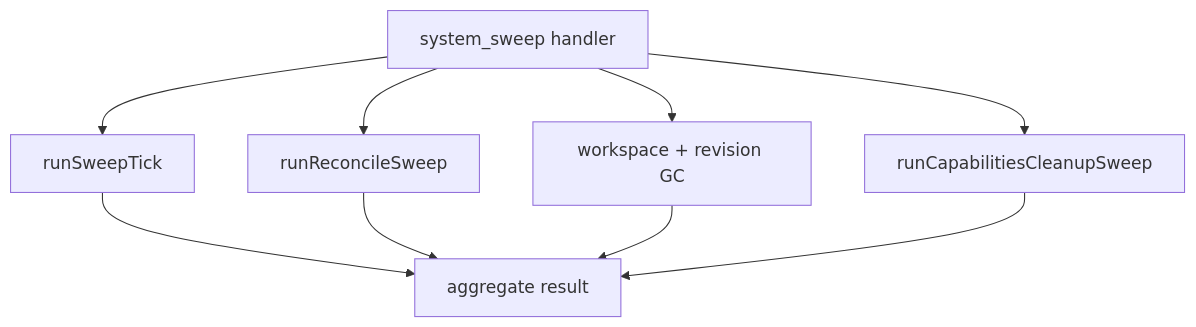
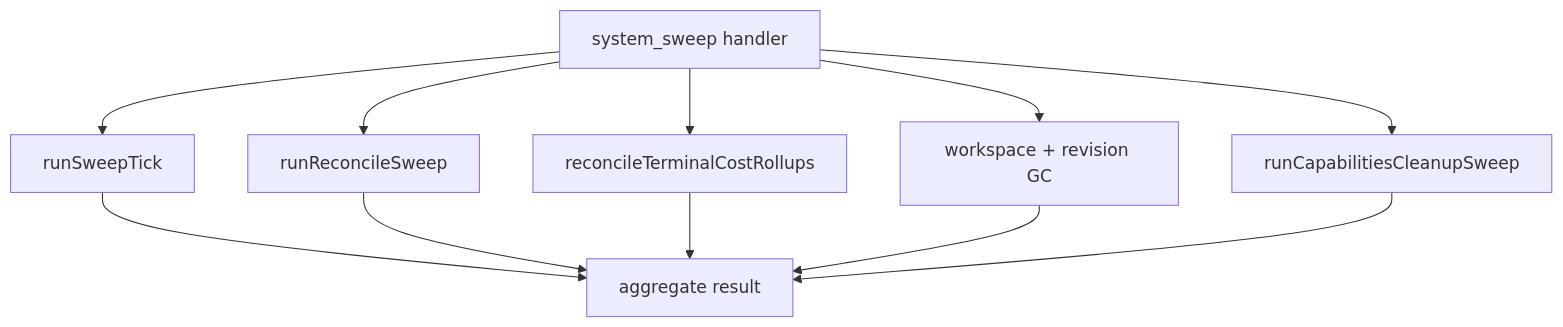
Before and after one commit to maister-dev/maister: the fourth of 5 diagrams in docs/system-analytics/scheduler.md, drawn with Mermaid. The commit also changed other lines of this file and 39 other files, not shown here.

First line of the commit message:
feat(cost): reliable rollup reconcile + by-model/by-runner attribution

````diff
--- a/docs/system-analytics/scheduler.md
+++ b/docs/system-analytics/scheduler.md
@@ -140,11 +140,13 @@
 ```mermaid
 flowchart TD
     Sweep[system_sweep handler] --> Keepalive[runSweepTick]
     Sweep --> Reconcile[runReconcileSweep]
+    Sweep --> CostReconcile[reconcileTerminalCostRollups]
     Sweep --> Gc[workspace + revision GC]
     Sweep --> CapCleanup[runCapabilitiesCleanupSweep]
     Keepalive --> Summary[aggregate result]
     Reconcile --> Summary
+    CostReconcile --> Summary
     Gc --> Summary
     CapCleanup --> Summary
 ```
````
